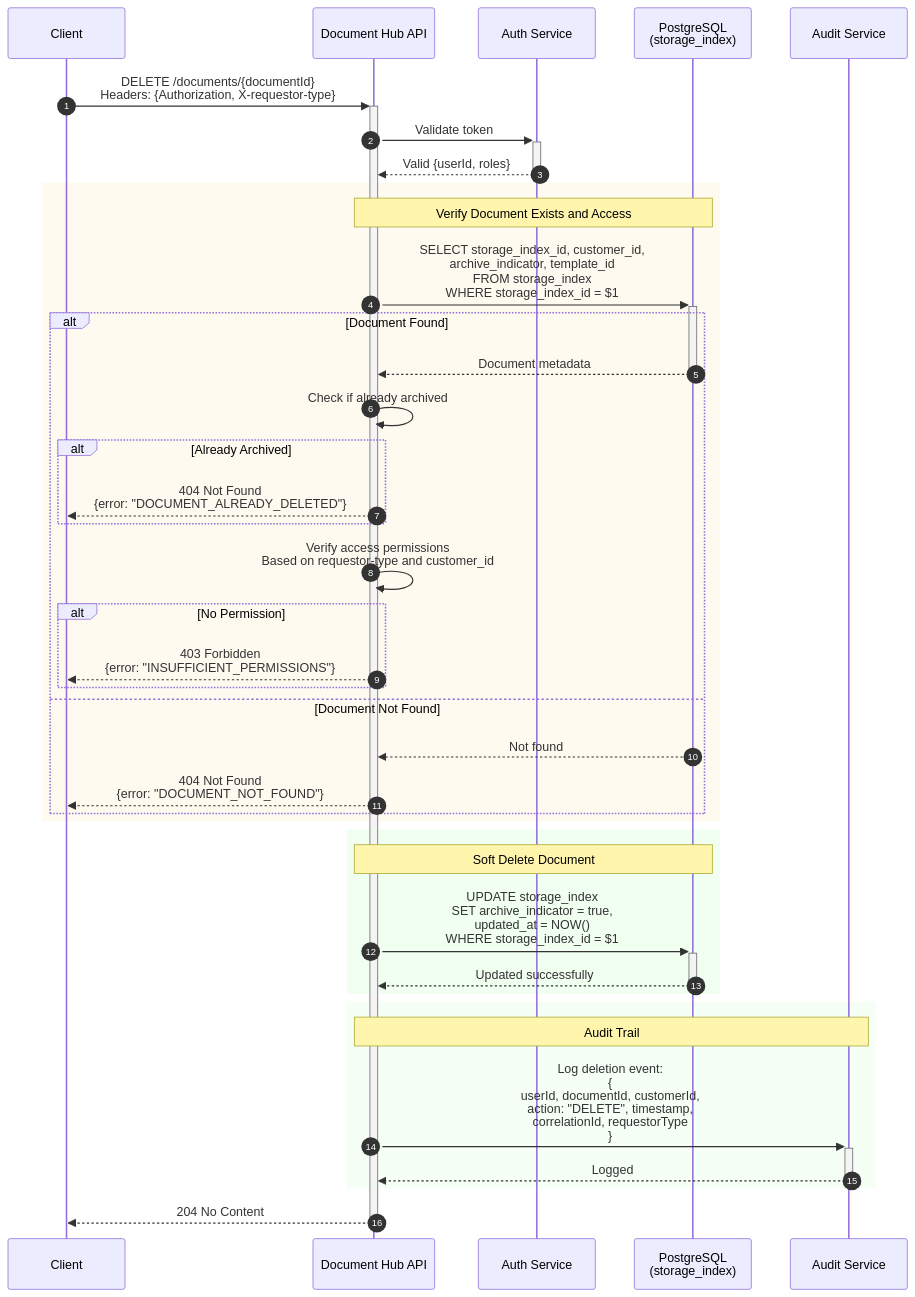
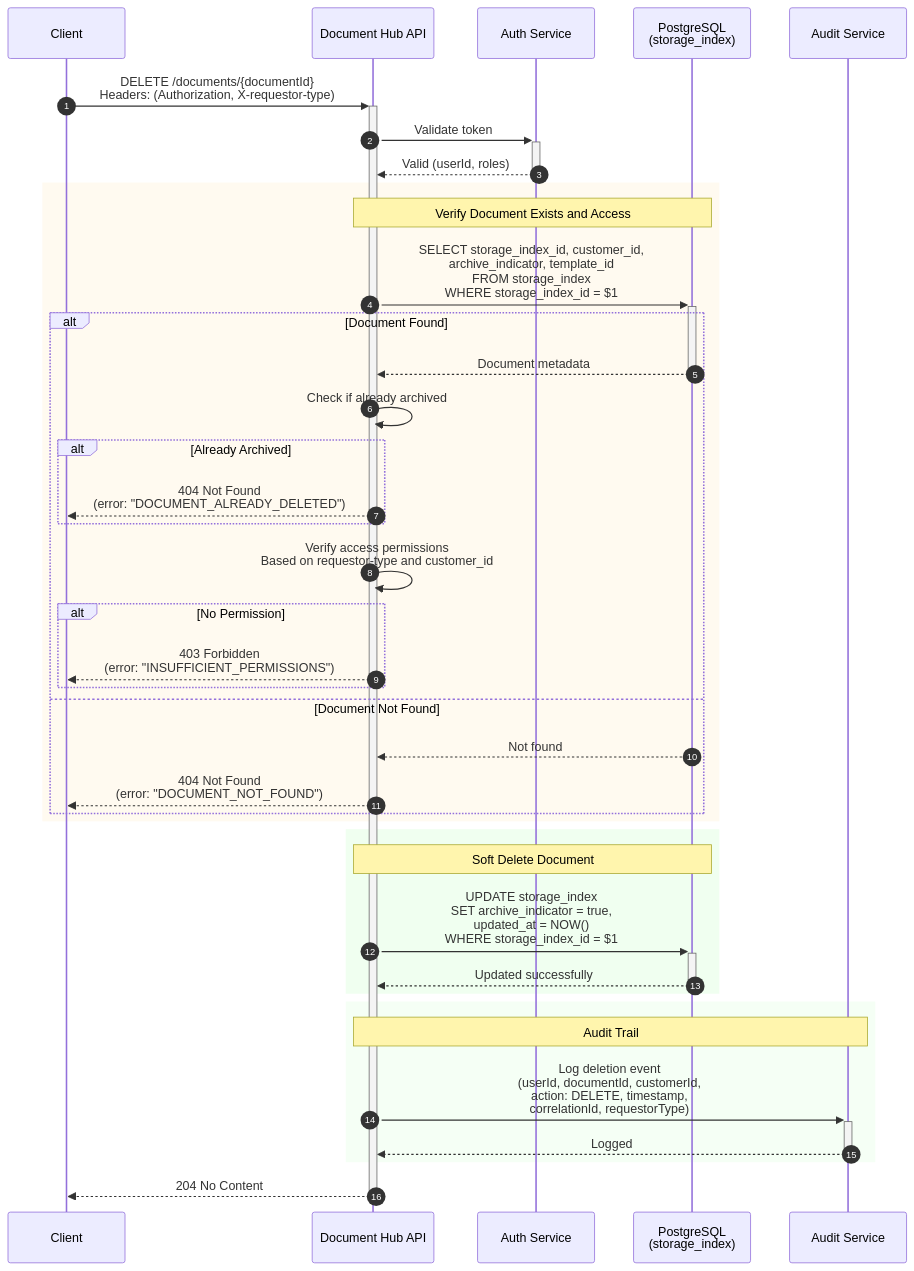
Before and after one commit to ghmd86/document-hub: the fourth of 14 diagrams in docs/sequence-diagrams/complete_api_sequence_diagrams.md, drawn with Mermaid. The commit also changed other lines of this file, not shown here.

First line of the commit message:
Fix Mermaid syntax errors in sequence diagrams

````diff
--- a/docs/sequence-diagrams/complete_api_sequence_diagrams.md
+++ b/docs/sequence-diagrams/complete_api_sequence_diagrams.md
@@ -235,53 +235,53 @@
 ```mermaid
 sequenceDiagram
     autonumber
 
     participant Client
     participant API as Document Hub API
     participant Auth as Auth Service
     participant DB as PostgreSQL<br/>(storage_index)
     participant AuditLog as Audit Service
 
-    Client->>+API: DELETE /documents/{documentId}<br/>Headers: {Authorization, X-requestor-type}
+    Client->>+API: DELETE /documents/{documentId}<br/>Headers: (Authorization, X-requestor-type)
 
     API->>+Auth: Validate token
-    Auth-->>-API: Valid {userId, roles}
+    Auth-->>-API: Valid (userId, roles)
 
     rect rgb(255, 250, 240)
         Note over API,DB: Verify Document Exists and Access
         API->>+DB: SELECT storage_index_id, customer_id,<br/>archive_indicator, template_id<br/>FROM storage_index<br/>WHERE storage_index_id = $1
 
         alt Document Found
             DB-->>-API: Document metadata
 
             API->>API: Check if already archived
             alt Already Archived
-                API-->>Client: 404 Not Found<br/>{error: "DOCUMENT_ALREADY_DELETED"}
+                API-->>Client: 404 Not Found<br/>(error: "DOCUMENT_ALREADY_DELETED")
             end
 
             API->>API: Verify access permissions<br/>Based on requestor-type and customer_id
             alt No Permission
-                API-->>Client: 403 Forbidden<br/>{error: "INSUFFICIENT_PERMISSIONS"}
+                API-->>Client: 403 Forbidden<br/>(error: "INSUFFICIENT_PERMISSIONS")
             end
 
         else Document Not Found
             DB-->>API: Not found
-            API-->>Client: 404 Not Found<br/>{error: "DOCUMENT_NOT_FOUND"}
+            API-->>Client: 404 Not Found<br/>(error: "DOCUMENT_NOT_FOUND")
         end
     end
 
     rect rgb(240, 255, 240)
         Note over API,DB: Soft Delete Document
         API->>+DB: UPDATE storage_index<br/>SET archive_indicator = true,<br/>    updated_at = NOW()<br/>WHERE storage_index_id = $1
 
         DB-->>-API: Updated successfully
     end
 
     rect rgb(245, 255, 245)
         Note over API,AuditLog: Audit Trail
-        API->>+AuditLog: Log deletion event:<br/>{<br/>  userId, documentId, customerId,<br/>  action: "DELETE", timestamp,<br/>  correlationId, requestorType<br/>}
+        API->>+AuditLog: Log deletion event<br/>(userId, documentId, customerId,<br/>action: DELETE, timestamp,<br/>correlationId, requestorType)
         AuditLog-->>-API: Logged
     end
 
     API-->>-Client: 204 No Content
 ```
````
